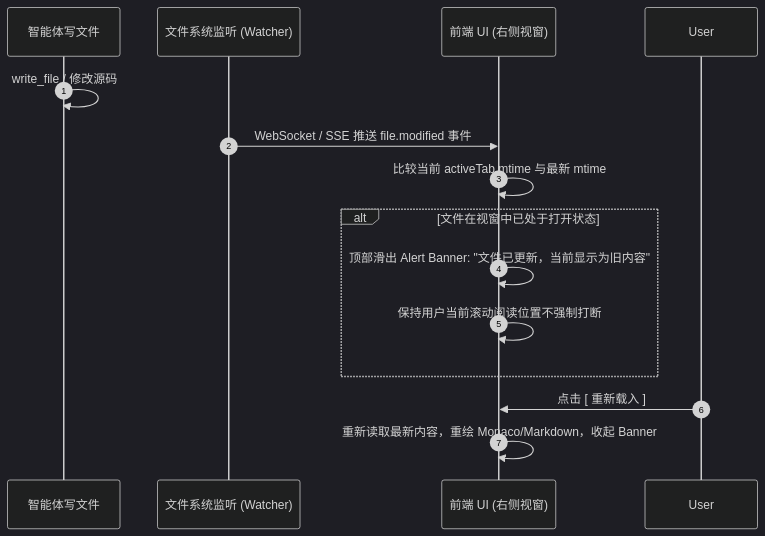
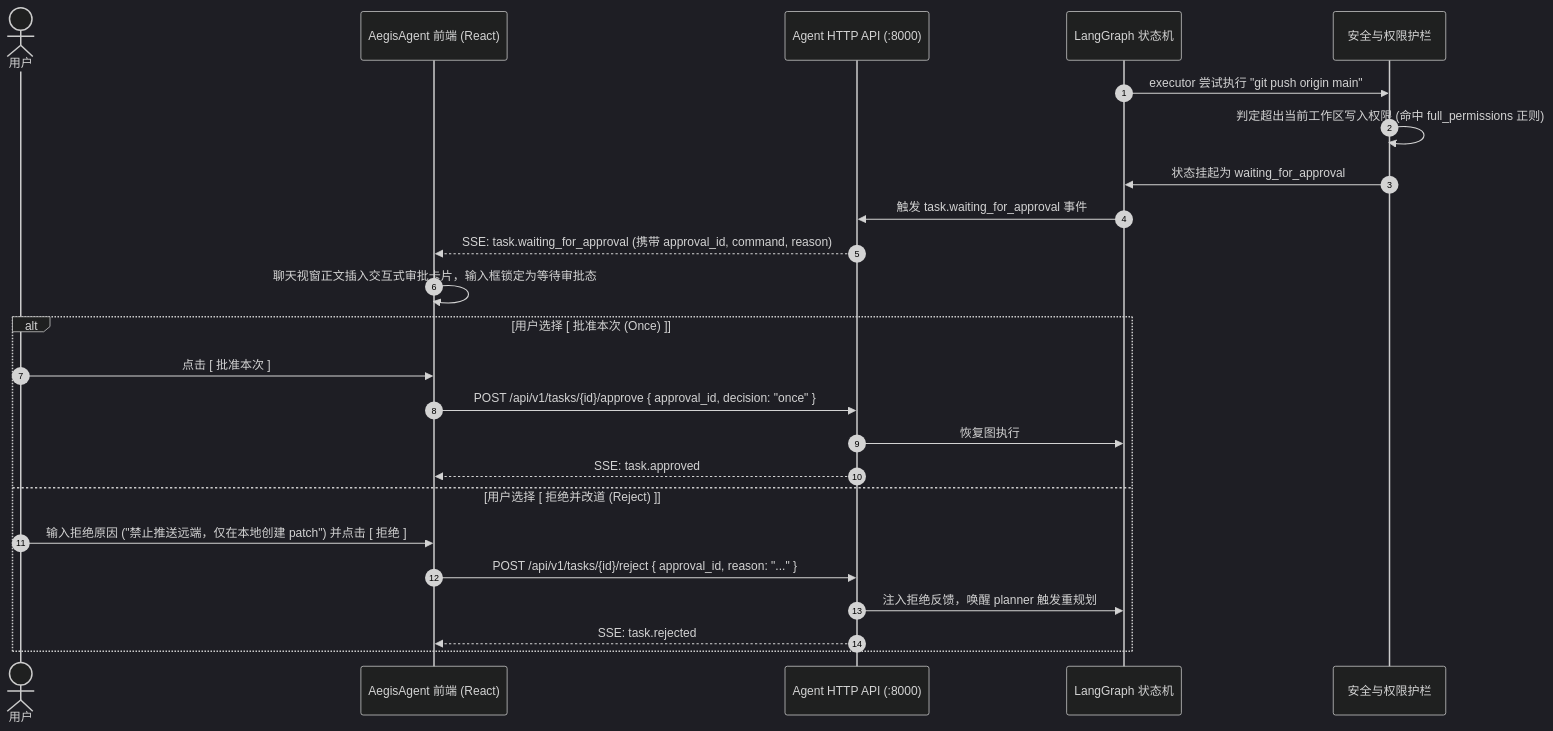
Before and after one commit to MakinoharaShokosans/Aegis: the second of 2 diagrams in documents/frontend_design.md, drawn with Mermaid (dark theme). The commit also changed other lines of this file and 2 other files, not shown here.

Commit message:
docs(frontend): 全面根据 AegisAgent 定制前端设计规范与 UI 组件

````diff
--- a/documents/frontend_design.md
+++ b/documents/frontend_design.md
@@ -204,17 +225,29 @@
 ```mermaid
 sequenceDiagram
     autonumber
-    participant Agent as 智能体写文件
-    participant Watcher as 文件系统监听 (Watcher)
-    participant Frontend as 前端 UI (右侧视窗)
+    actor User as 用户
+    participant UI as AegisAgent 前端 (React)
+    participant API as Agent HTTP API (:8000)
+    participant Engine as LangGraph 状态机
+    participant Guard as 安全与权限护栏
 
-    Agent->>Agent: write_file / 修改源码
-    Watcher->>Frontend: WebSocket / SSE 推送 file.modified 事件
-    Frontend->>Frontend: 比较当前 activeTab.mtime 与最新 mtime
-    alt 文件在视窗中已处于打开状态
-        Frontend->>Frontend: 顶部滑出 Alert Banner: "文件已更新，当前显示为旧内容"
-        Frontend->>Frontend: 保持用户当前滚动阅读位置不强制打断
+    Engine->>Guard: executor 尝试执行 "git push origin main"
+    Guard->>Guard: 判定超出当前工作区写入权限 (命中 full_permissions 正则)
+    Guard->>Engine: 状态挂起为 waiting_for_approval
+    Engine->>API: 触发 task.waiting_for_approval 事件
+    API-->>UI: SSE: task.waiting_for_approval (携带 approval_id, command, reason)
+    
+    UI->>UI: 聊天视窗正文插入交互式审批卡片，输入框锁定为等待审批态
+    
+    alt 用户选择 [ 批准本次 (Once) ]
+        User->>UI: 点击 [ 批准本次 ]
+        UI->>API: POST /api/v1/tasks/{id}/approve { approval_id, decision: "once" }
+        API->>Engine: 恢复图执行
+        API-->>UI: SSE: task.approved
+    else 用户选择 [ 拒绝并改道 (Reject) ]
+        User->>UI: 输入拒绝原因 ("禁止推送远端，仅在本地创建 patch") 并点击 [ 拒绝 ]
+        UI->>API: POST /api/v1/tasks/{id}/reject { approval_id, reason: "..." }
+        API->>Engine: 注入拒绝反馈，唤醒 planner 触发重规划
+        API-->>UI: SSE: task.rejected
     end
-    User->>Frontend: 点击 [ 重新载入 ]
-    Frontend->>Frontend: 重新读取最新内容，重绘 Monaco/Markdown，收起 Banner
 ```
````
